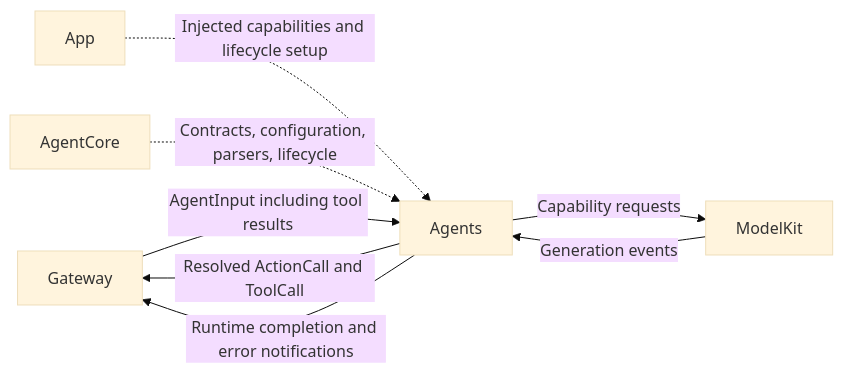
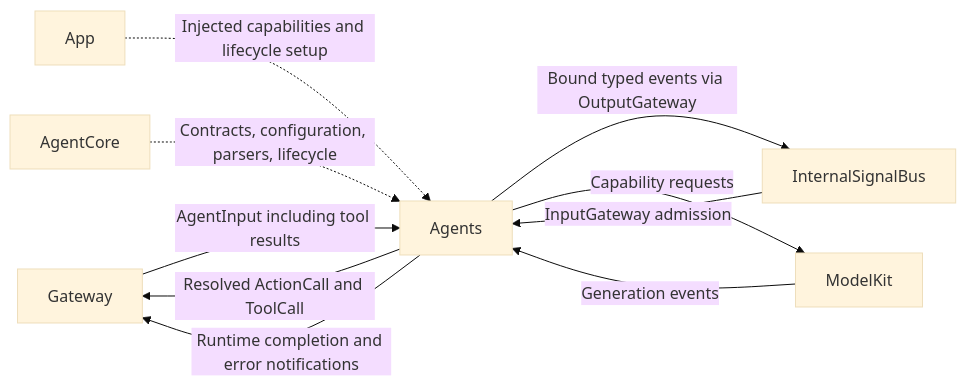
Before and after one commit to devilyouwei/MobileHarness: the diagram in MobileHarness/Agents/README.md, drawn with Mermaid (base theme). The commit also changed other lines of this file and 43 other files, not shown here.

````diff
--- a/MobileHarness/Agents/README.md
+++ b/MobileHarness/Agents/README.md
@@ -9,10 +9,12 @@
 ```mermaid
 flowchart LR
     Gateway -->|AgentInput including tool results| Agents
     Agents -->|Resolved ActionCall and ToolCall| Gateway
     Agents -->|Runtime completion and error notifications| Gateway
+    Agents -->|Bound typed events via OutputGateway| Bus[InternalSignalBus]
+    Bus -->|InputGateway admission| Agents
     Agents -->|Capability requests| ModelKit
     ModelKit -->|Generation events| Agents
     App -.->|Injected capabilities and lifecycle setup| Agents
     AgentCore -.->|Contracts, configuration, parsers, lifecycle| Agents
 ```
````
